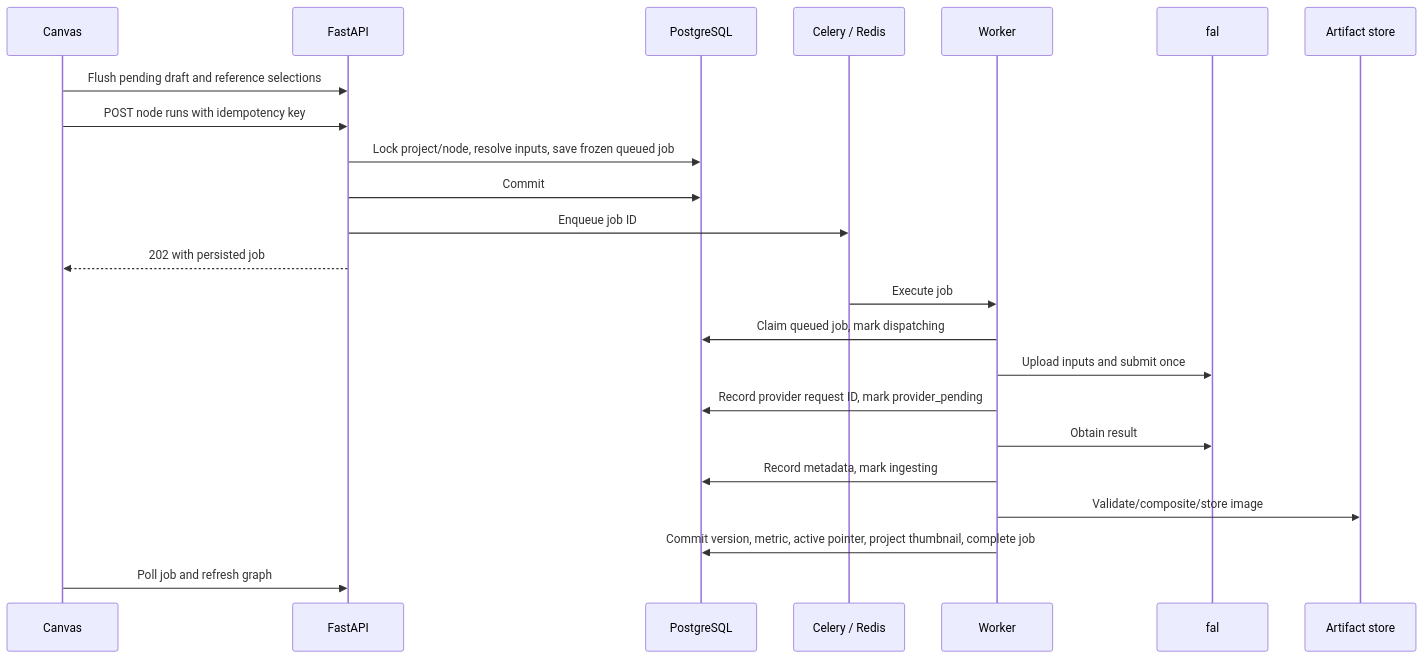
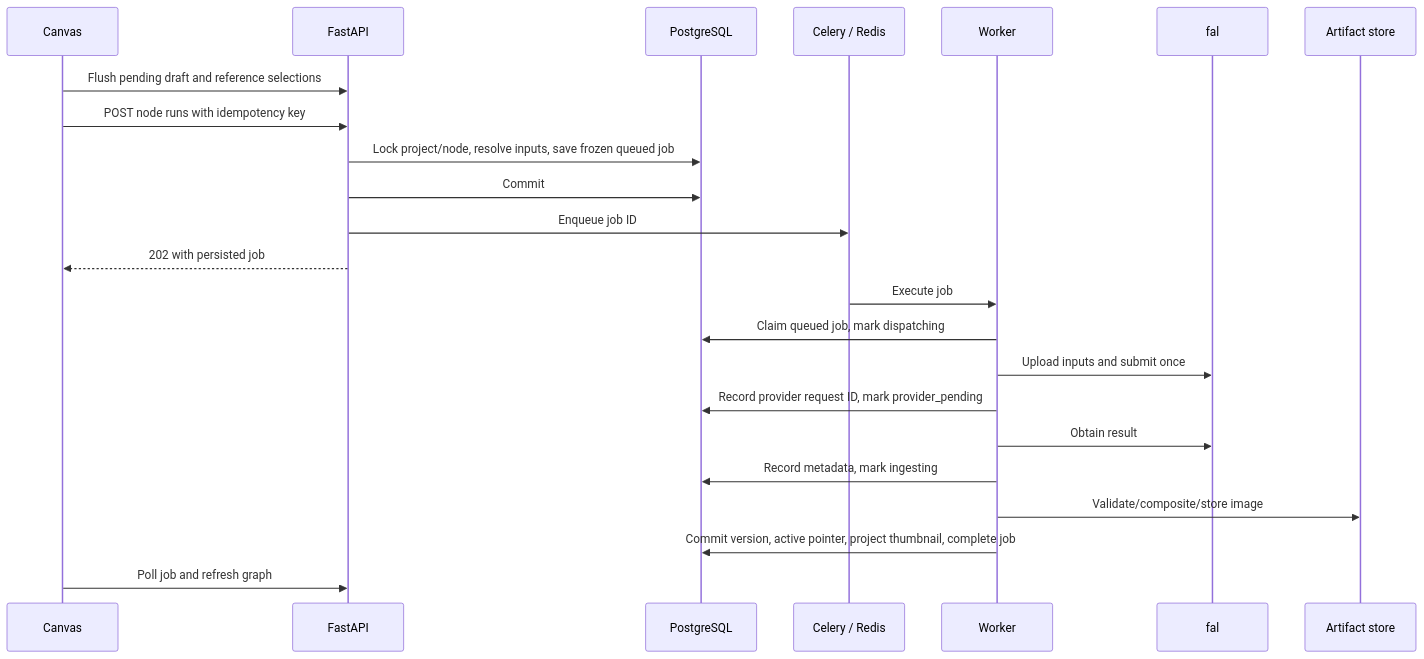
The third of 3 diagrams in architecture.md (ericpungholee/clai-ai), drawn with Mermaid before and after one commit. The commit also changed other lines of this file and 18 other files, not shown here.

````diff
--- a/architecture.md
+++ b/architecture.md
@@ -129,25 +128,25 @@
 ```mermaid
 sequenceDiagram
     participant UI as Canvas
     participant API as FastAPI
     participant DB as PostgreSQL
     participant Q as Celery / Redis
     participant W as Worker
     participant F as fal
     participant S as Artifact store
     UI->>API: Flush pending draft and reference selections
     UI->>API: POST node runs with idempotency key
     API->>DB: Lock project/node, resolve inputs, save frozen queued job
     API->>DB: Commit
     API->>Q: Enqueue job ID
     API-->>UI: 202 with persisted job
     Q->>W: Execute job
     W->>DB: Claim queued job, mark dispatching
     W->>F: Upload inputs and submit once
     W->>DB: Record provider request ID, mark provider_pending
     W->>F: Obtain result
     W->>DB: Record metadata, mark ingesting
     W->>S: Validate/composite/store image
-    W->>DB: Commit version, metric, active pointer, project thumbnail, complete job
+    W->>DB: Commit version, active pointer, project thumbnail, complete job
     UI->>API: Poll job and refresh graph
 ```
````
